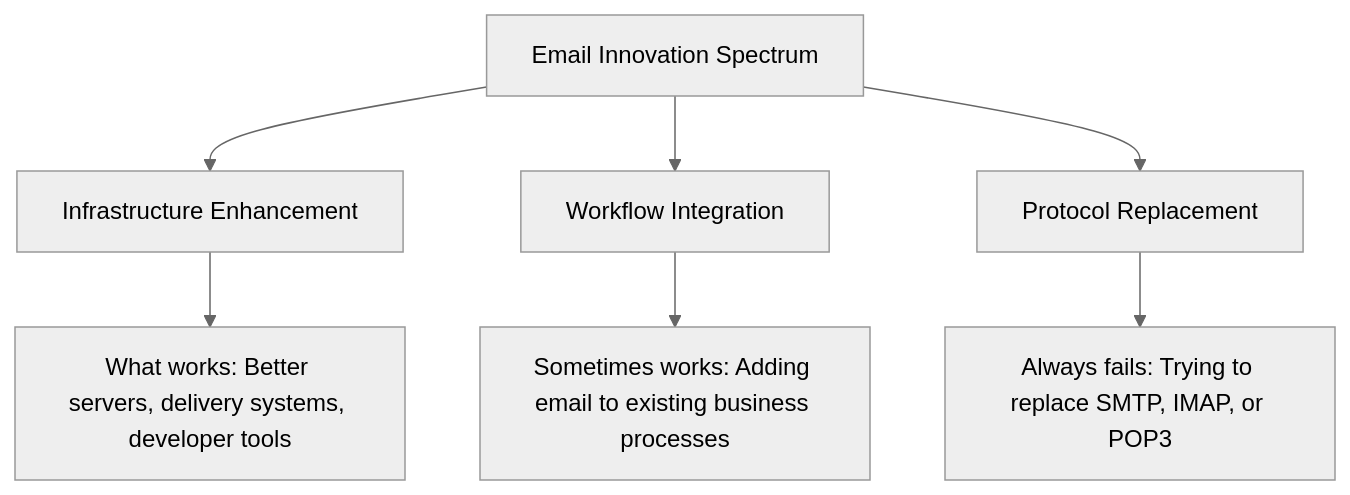
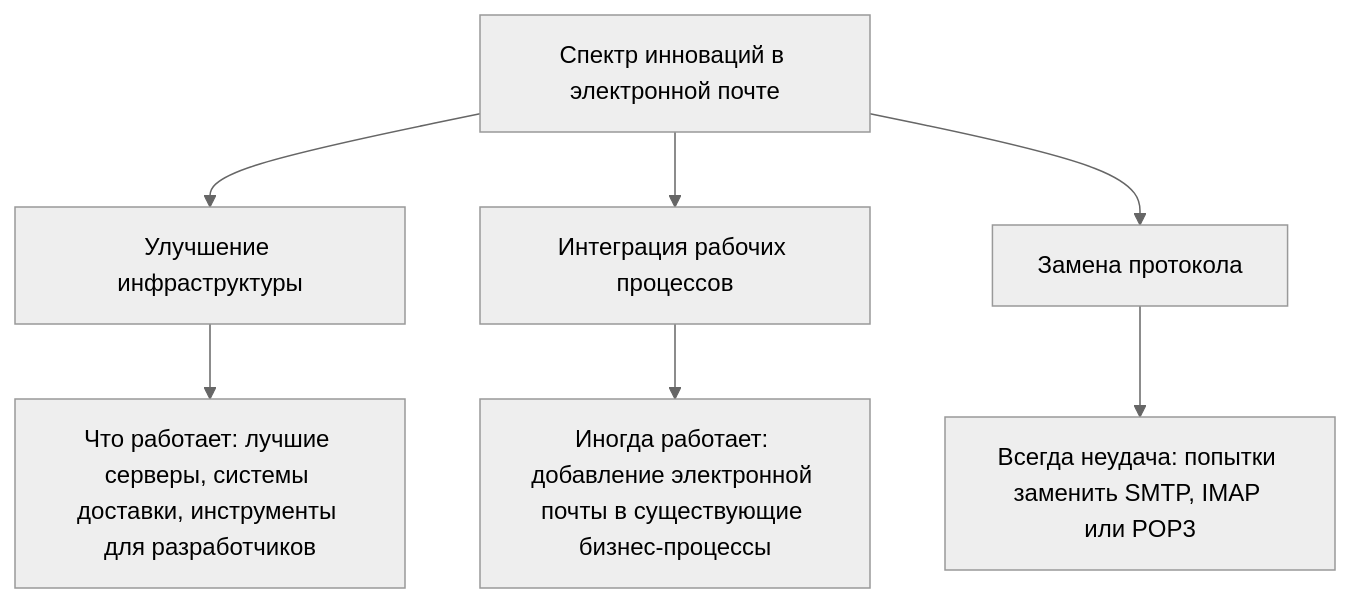
Before and after one commit to forwardemail/forwardemail.net: the seventh of 10 diagrams in app/views/docs/email-startup-graveyard-why-80-percent-email-companies-fail/index-ru.md, drawn with Mermaid (neutral theme). The commit also changed other lines of this file and 1055 other files, not shown here.

````diff
--- a/app/views/docs/email-startup-graveyard-why-80-percent-email-companies-fail/index-ru.md
+++ b/app/views/docs/email-startup-graveyard-why-80-percent-email-companies-fail/index-ru.md
@@ -558,10 +562,10 @@
 ```mermaid
 graph TD
-    A[Email Innovation Spectrum] --> B[Infrastructure Enhancement]
-    A --> C[Workflow Integration]
-    A --> D[Protocol Replacement]
+    A[Спектр инноваций в электронной почте] --> B[Улучшение инфраструктуры]
+    A --> C[Интеграция рабочих процессов]
+    A --> D[Замена протокола]
 
-    B --> E[What works: Better servers, delivery systems, developer tools]
-    C --> F[Sometimes works: Adding email to existing business processes]
-    D --> G[Always fails: Trying to replace SMTP, IMAP, or POP3]
+    B --> E[Что работает: лучшие серверы, системы доставки, инструменты для разработчиков]
+    C --> F[Иногда работает: добавление электронной почты в существующие бизнес-процессы]
+    D --> G[Всегда неудача: попытки заменить SMTP, IMAP или POP3]
 ```
````
